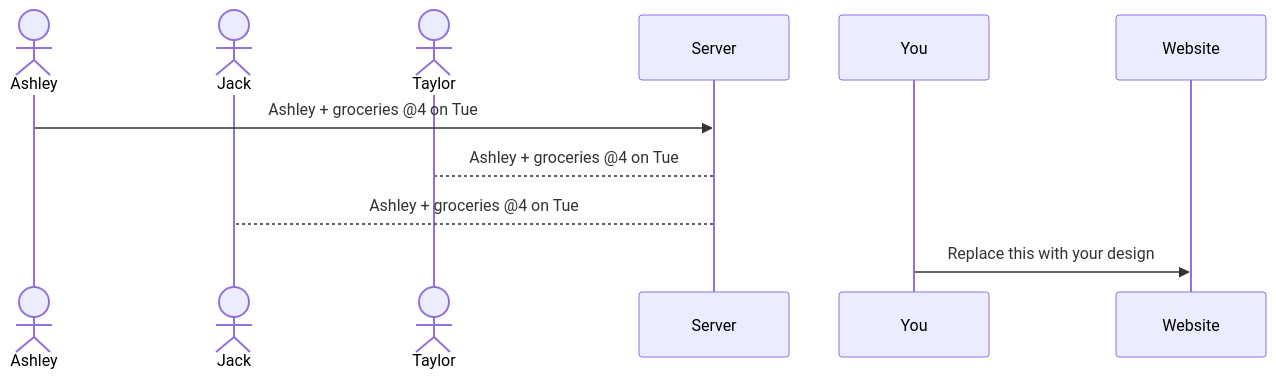
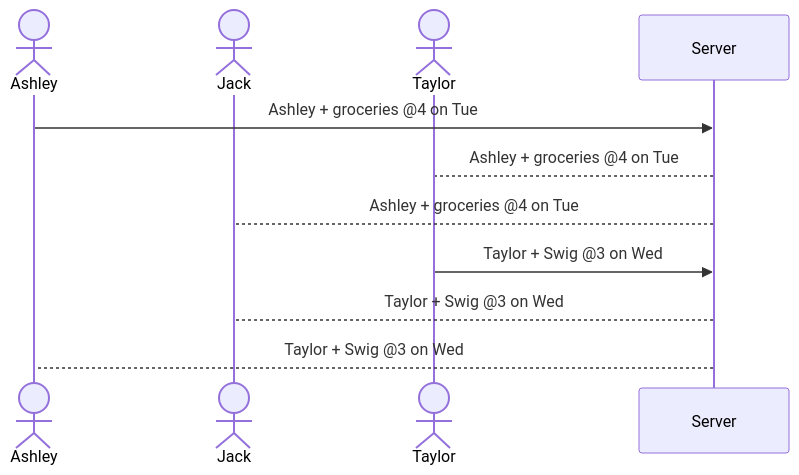
The diagram in README.md (brynkinz2/startup), drawn with Mermaid before and after one commit.

````diff
--- a/README.md
+++ b/README.md
@@ -37,10 +37,12 @@
 ```mermaid
 sequenceDiagram
     actor Ashley
     actor Jack
     actor Taylor
     Ashley->>Server: Ashley + groceries @4 on Tue
     Server -->Taylor: Ashley + groceries @4 on Tue
     Server -->Jack: Ashley + groceries @4 on Tue
-    You->>Website: Replace this with your design
+    Taylor->>Server: Taylor + Swig @3 on Wed
+    Server--> Jack: Taylor + Swig @3 on Wed
+    Server--> Ashley: Taylor + Swig @3 on Wed
 ```
````
